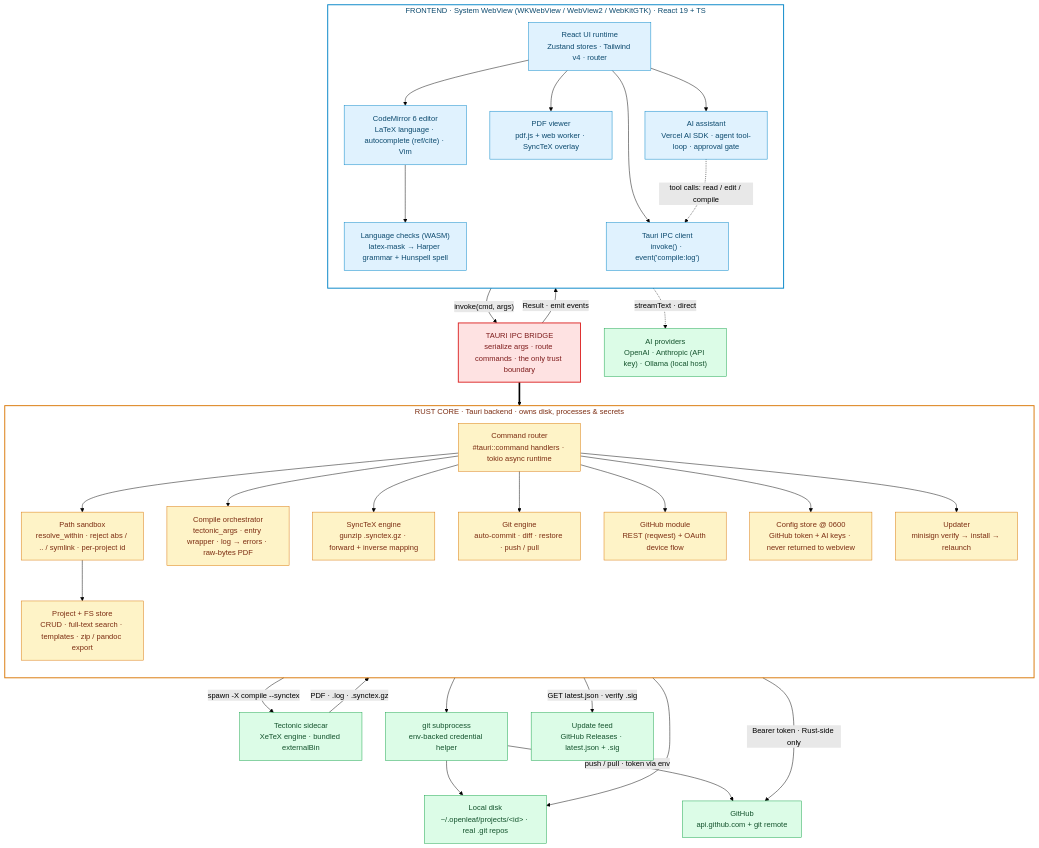
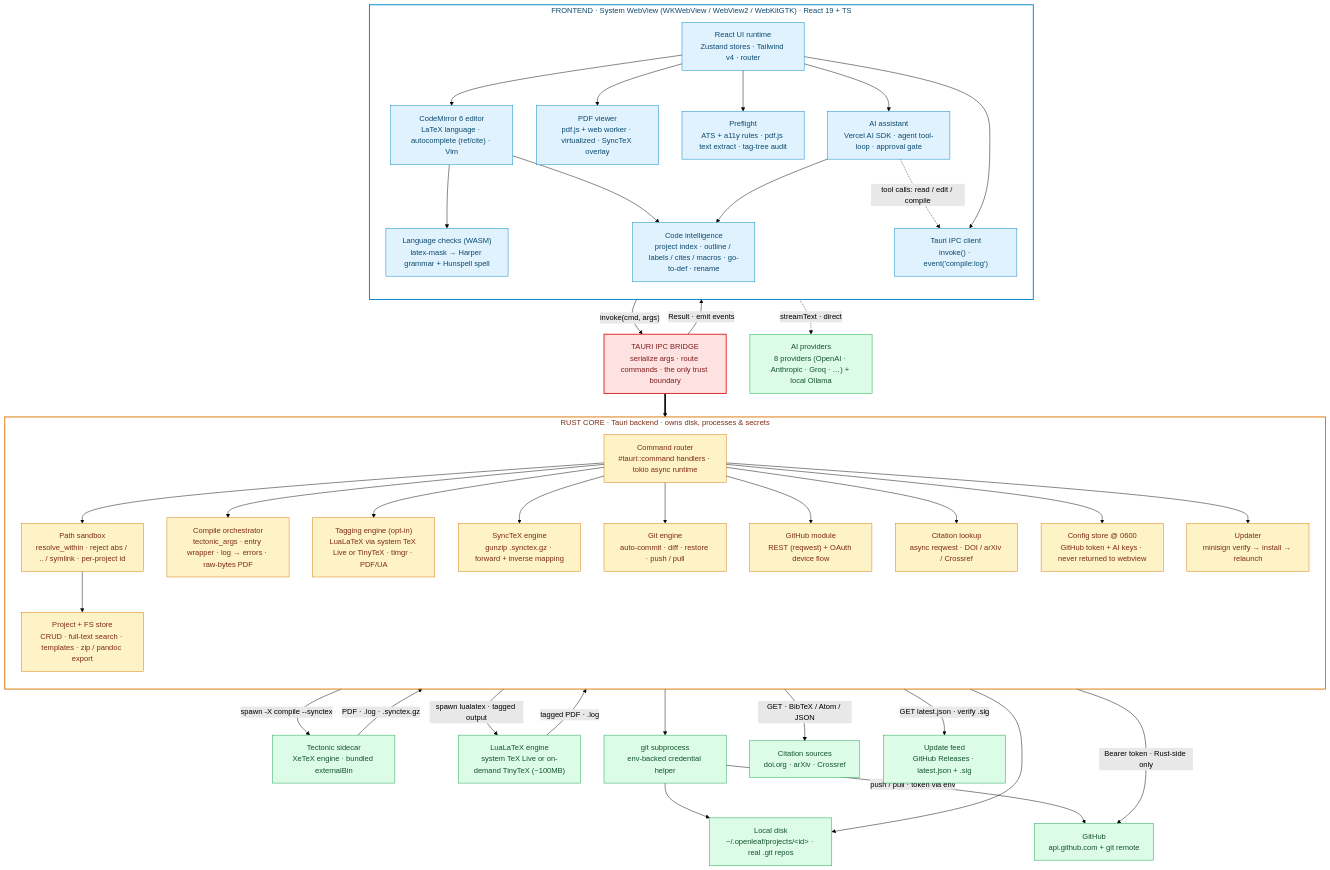
The diagram in README.md (prajwal-svm/OpenLeaf), drawn with Mermaid (forest theme) before and after one commit. The commit also changed other lines of this file, not shown here.

Commit message:
docs: refresh architecture diagram for code intelligence, preflight, tagging engine, and citations

```diff
--- a/README.md
+++ b/README.md
@@ -240,14 +240,19 @@
     direction TB
     UI["React UI runtime<br/>Zustand stores · Tailwind v4 · router"]
     CM["CodeMirror 6 editor<br/>LaTeX language · autocomplete (ref/cite) · Vim"]
+    IDX["Code intelligence<br/>project index · outline / labels / cites / macros · go-to-def · rename"]
     LINT["Language checks (WASM)<br/>latex-mask → Harper grammar + Hunspell spell"]
-    PDF["PDF viewer<br/>pdf.js + web worker · SyncTeX overlay"]
+    PDF["PDF viewer<br/>pdf.js + web worker · virtualized · SyncTeX overlay"]
+    PRE["Preflight<br/>ATS + a11y rules · pdf.js text extract · tag-tree audit"]
     AICHAT["AI assistant<br/>Vercel AI SDK · agent tool-loop · approval gate"]
     IPCC["Tauri IPC client<br/>invoke() · event('compile:log')"]
     UI --> CM
     CM --> LINT
+    CM --> IDX
     UI --> PDF
+    UI --> PRE
     UI --> AICHAT
+    AICHAT --> IDX
     UI --> IPCC
   end
 
@@ -259,26 +264,32 @@
     PATHS["Path sandbox<br/>resolve_within · reject abs / .. / symlink · per-project id"]
     PROJ["Project + FS store<br/>CRUD · full-text search · templates · zip / pandoc export"]
     COMPILE["Compile orchestrator<br/>tectonic_args · entry wrapper · log → errors · raw-bytes PDF"]
+    TAG["Tagging engine (opt-in)<br/>LuaLaTeX via system TeX Live or TinyTeX · tlmgr · PDF/UA"]
     SYNC["SyncTeX engine<br/>gunzip .synctex.gz · forward + inverse mapping"]
     GIT["Git engine<br/>auto-commit · diff · restore · push / pull"]
     GHAPI["GitHub module<br/>REST (reqwest) + OAuth device flow"]
+    CITE["Citation lookup<br/>async reqwest · DOI / arXiv / Crossref"]
     CFG["Config store @ 0600<br/>GitHub token + AI keys · never returned to webview"]
     UPD["Updater<br/>minisign verify → install → relaunch"]
     ROUTER --> PATHS
     PATHS --> PROJ
     ROUTER --> COMPILE
+    ROUTER --> TAG
     ROUTER --> SYNC
     ROUTER --> GIT
     ROUTER --> GHAPI
+    ROUTER --> CITE
     ROUTER --> CFG
     ROUTER --> UPD
   end
 
   TEC["Tectonic sidecar<br/>XeTeX engine · bundled externalBin"]
+  TEX["LuaLaTeX engine<br/>system TeX Live or on-demand TinyTeX (~100MB)"]
   GITBIN["git subprocess<br/>env-backed credential helper"]
   DISK["Local disk<br/>~/.openleaf/projects/&lt;id&gt; · real .git repos"]
   GHREMOTE["GitHub<br/>api.github.com + git remote"]
-  PROV["AI providers<br/>OpenAI · Anthropic (API key) · Ollama (local host)"]
+  CITEHOSTS["Citation sources<br/>doi.org · arXiv · Crossref"]
+  PROV["AI providers<br/>8 providers (OpenAI · Anthropic · Groq · …) + local Ollama"]
   FEEDS["Update feed<br/>GitHub Releases · latest.json + .sig"]
 
   IPCC -->|"invoke(cmd, args)"| IPC
@@ -287,11 +298,14 @@
 
   COMPILE -->|"spawn -X compile --synctex"| TEC
   TEC -->|"PDF · .log · .synctex.gz"| COMPILE
+  TAG -->|"spawn lualatex · tagged output"| TEX
+  TEX -->|"tagged PDF · .log"| TAG
   PROJ --> DISK
   GIT --> GITBIN
   GITBIN --> DISK
   GITBIN -->|"push / pull · token via env"| GHREMOTE
   GHAPI -->|"Bearer token · Rust-side only"| GHREMOTE
+  CITE -->|"GET · BibTeX / Atom / JSON"| CITEHOSTS
   UPD -->|"GET latest.json · verify .sig"| FEEDS
   AICHAT -.->|"streamText · direct"| PROV
   AICHAT -.->|"tool calls: read / edit / compile"| IPCC
@@ -301,9 +315,9 @@
   classDef ext fill:#dcfce7,stroke:#16a34a,stroke-width:1px,color:#14532d;
   classDef bound fill:#fee2e2,stroke:#dc2626,stroke-width:2px,color:#7f1d1d;
 
-  class UI,CM,LINT,PDF,AICHAT,IPCC fe;
-  class ROUTER,PATHS,PROJ,COMPILE,SYNC,GIT,GHAPI,CFG,UPD be;
-  class TEC,GITBIN,DISK,GHREMOTE,PROV,FEEDS ext;
+  class UI,CM,IDX,LINT,PDF,PRE,AICHAT,IPCC fe;
+  class ROUTER,PATHS,PROJ,COMPILE,TAG,SYNC,GIT,GHAPI,CITE,CFG,UPD be;
+  class TEC,TEX,GITBIN,DISK,GHREMOTE,CITEHOSTS,PROV,FEEDS ext;
   class IPC bound;
 
   style FE fill:none,stroke:#0284c7,stroke-width:2px,color:#0c4a6e;
```
